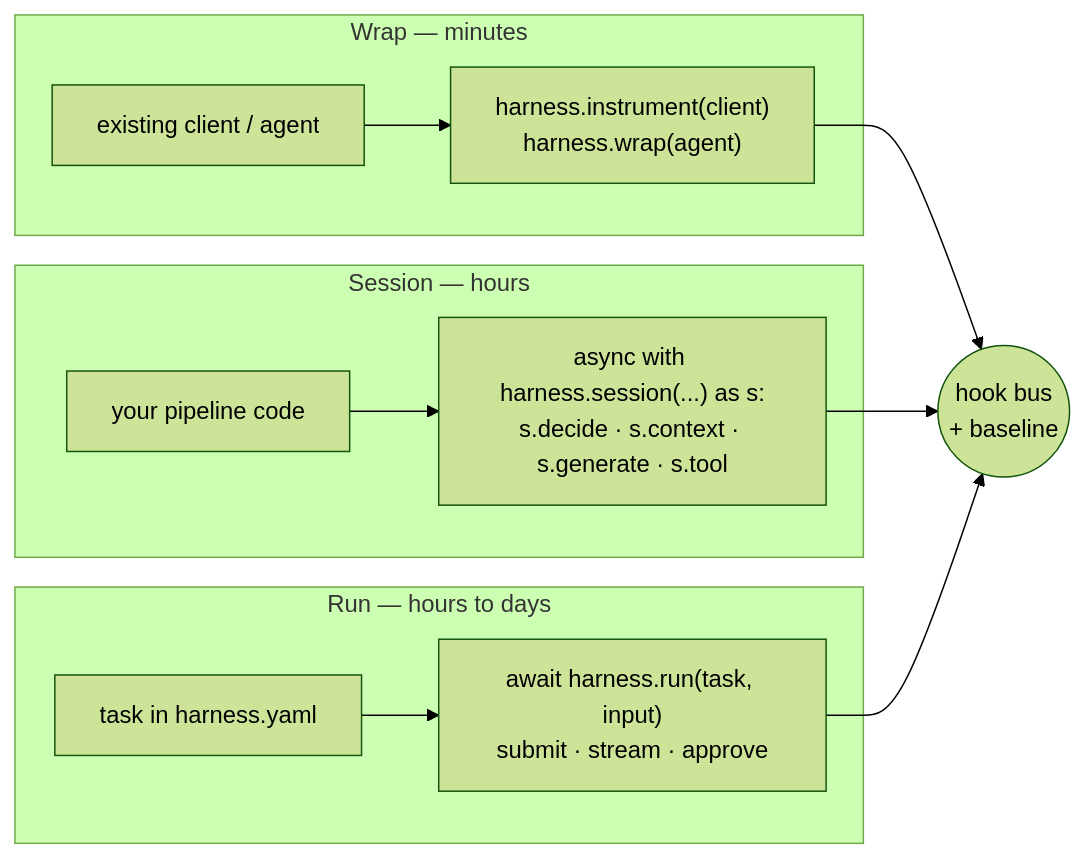
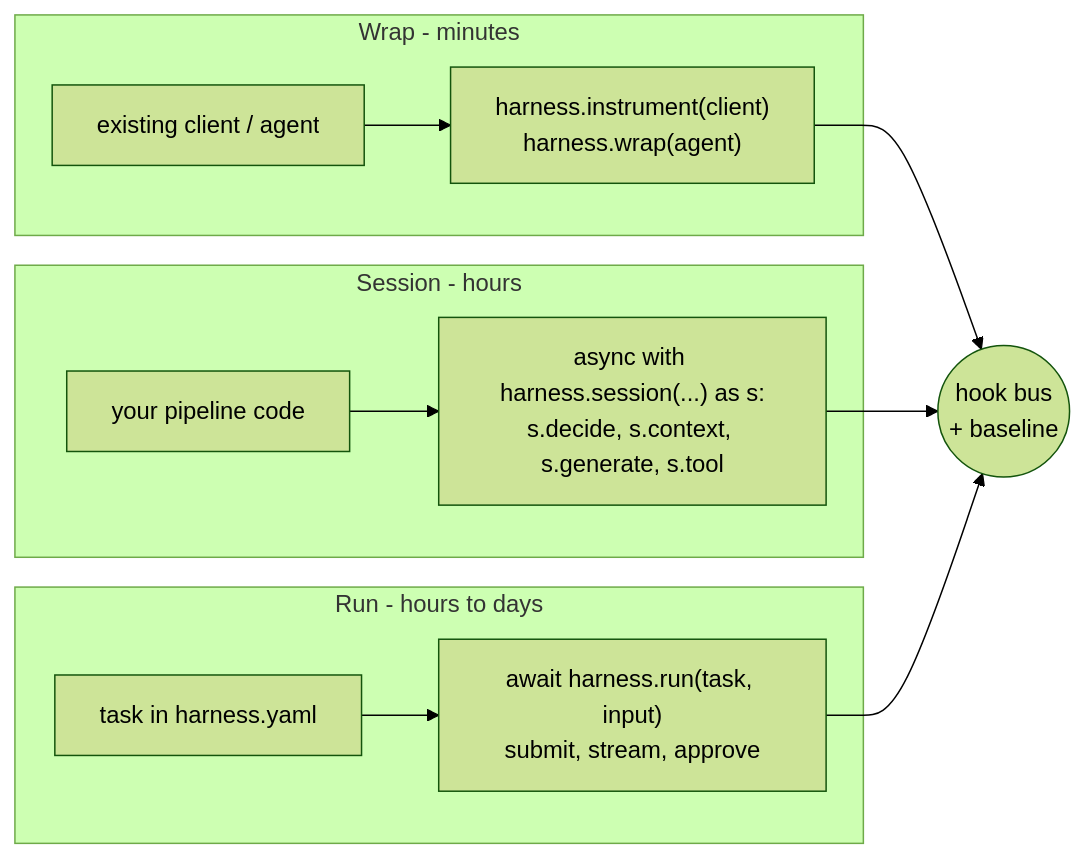
Before and after one commit to Nish459/HarnessWeaver: the ninth of 14 diagrams in DESIGNS.md, drawn with Mermaid (forest theme). The commit also changed other lines of this file and 75 other files, not shown here.

````diff
--- a/DESIGNS.md
+++ b/DESIGNS.md
@@ -668,15 +687,15 @@
 ```mermaid
 flowchart LR
-    subgraph Wrap[Wrap — minutes]
+    subgraph Wrap[Wrap - minutes]
         w1[existing client / agent] --> w2["harness.instrument(client)<br/>harness.wrap(agent)"]
     end
-    subgraph Session[Session — hours]
-        s1[your pipeline code] --> s2["async with harness.session(...) as s:<br/>s.decide · s.context · s.generate · s.tool"]
+    subgraph Session[Session - hours]
+        s1[your pipeline code] --> s2["async with harness.session(...) as s:<br/>s.decide, s.context, s.generate, s.tool"]
     end
-    subgraph Run[Run — hours to days]
-        r1[task in harness.yaml] --> r2["await harness.run(task, input)<br/>submit · stream · approve"]
+    subgraph Run[Run - hours to days]
+        r1[task in harness.yaml] --> r2["await harness.run(task, input)<br/>submit, stream, approve"]
     end
     w2 --> bus((hook bus<br/>+ baseline))
     s2 --> bus
     r2 --> bus
 ```
````
